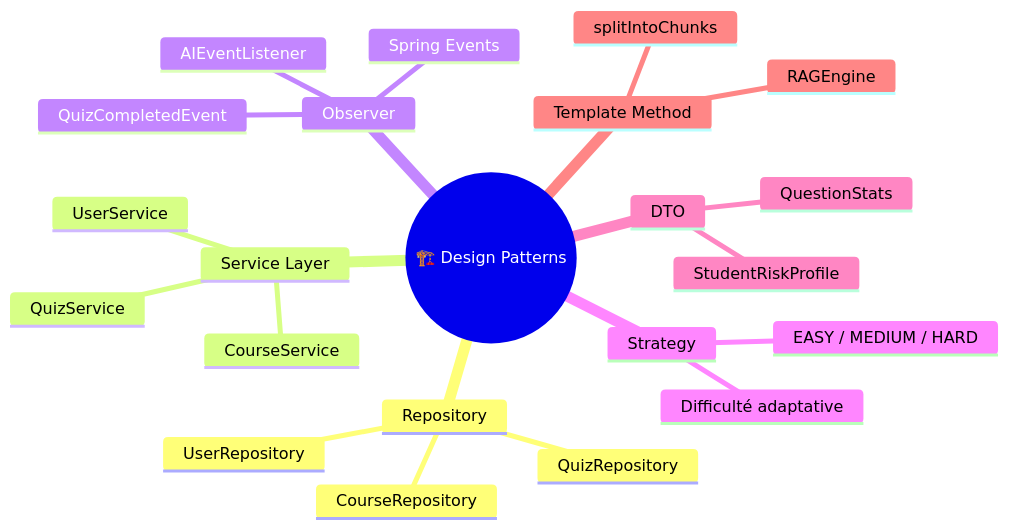
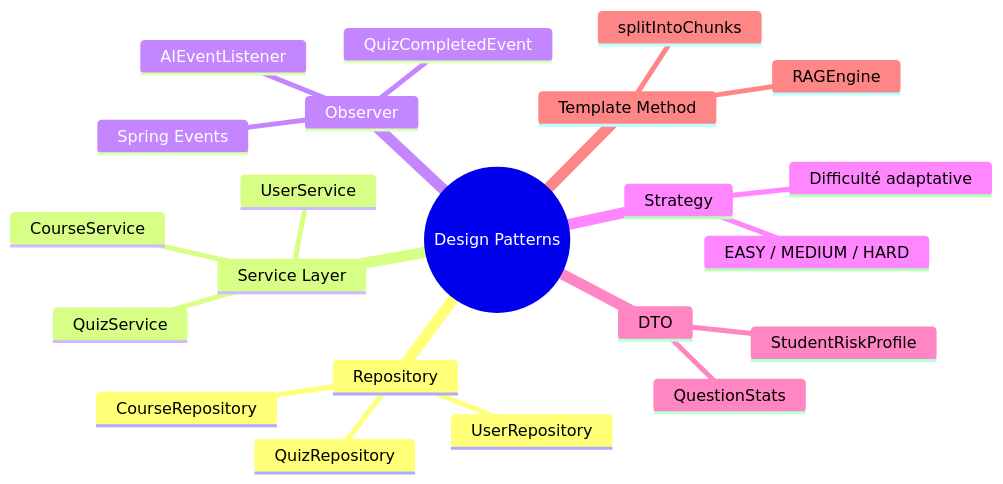
Before and after one commit to AM1N8/Dumpster: diagram 11 of 12 in this.md, drawn with Mermaid. The commit also changed other lines of this file, not shown here.

````diff
--- a/this.md
+++ b/this.md
@@ -591,25 +591,25 @@
 ```mermaid
 mindmap
-  root((🏗️ Design Patterns))
+  root((Design Patterns))
     Repository
       CourseRepository
       UserRepository
       QuizRepository
     Service Layer
       QuizService
       CourseService
       UserService
     Observer
       Spring Events
       QuizCompletedEvent
       AIEventListener
     Strategy
       Difficulté adaptative
       EASY / MEDIUM / HARD
     DTO
       QuestionStats
       StudentRiskProfile
     Template Method
       splitIntoChunks
       RAGEngine
 ```
````
